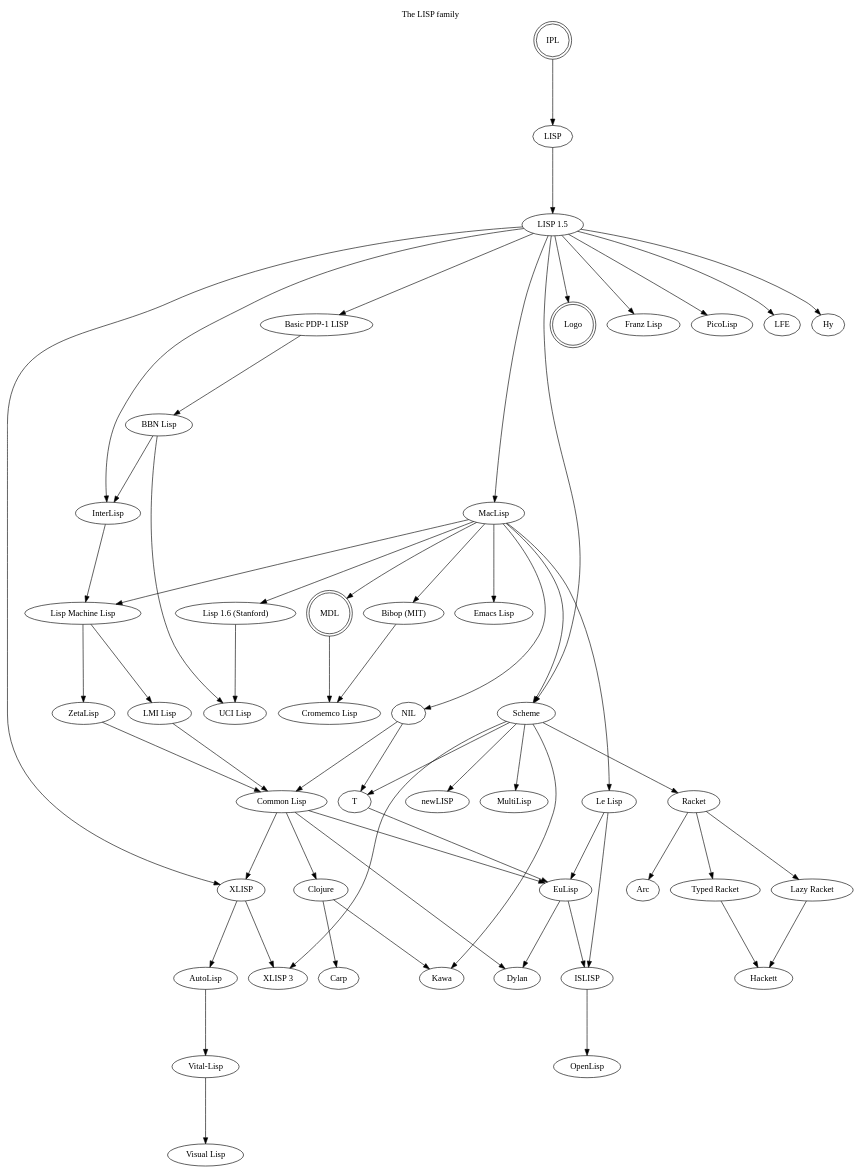
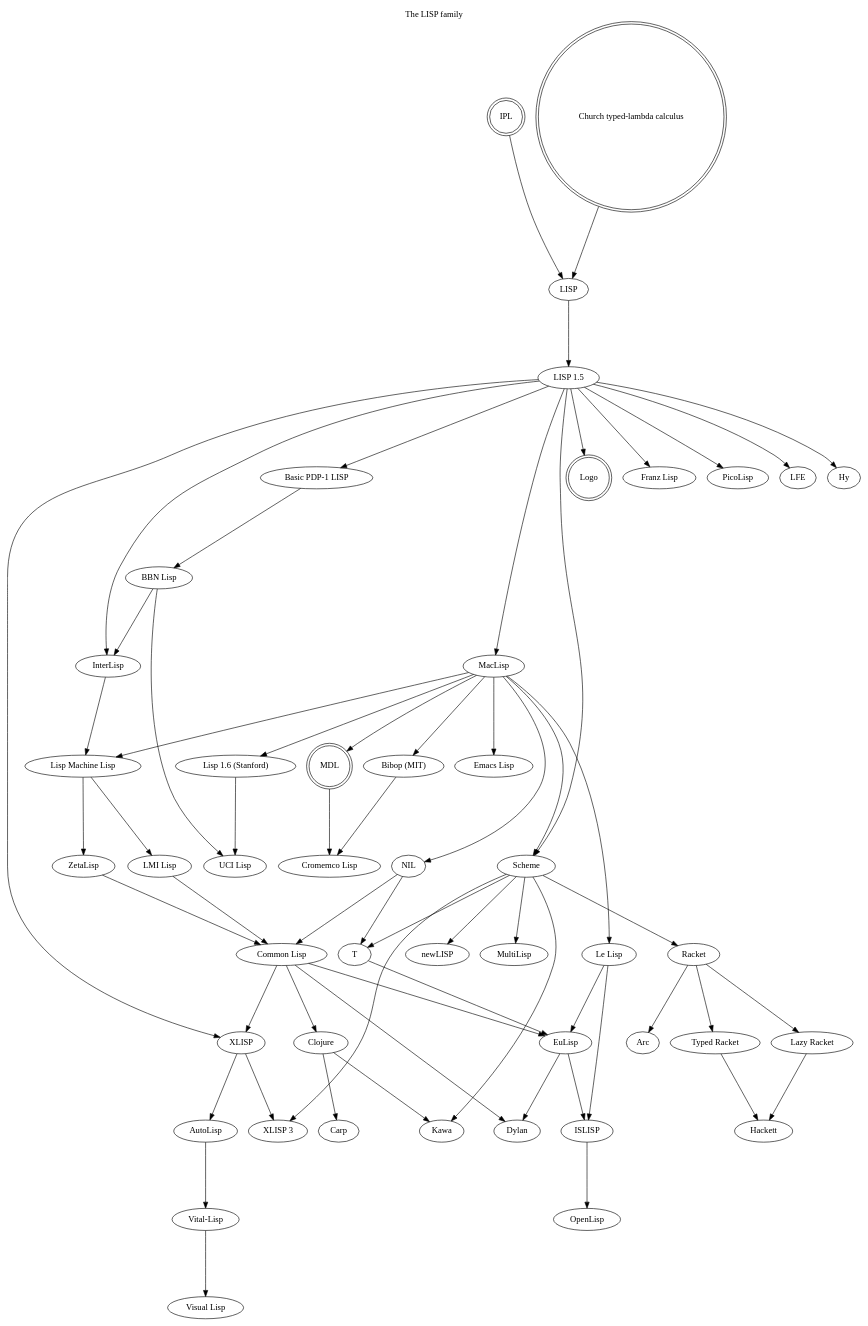
One commit to fogus/lang-genealogy changed the diagram in lisp.gv. Above: the diagram before and after it, drawn with Graphviz. The commit also changed 1 other file, not shown here.

Commit message:
Church LC

```diff
--- a/lisp.gv
+++ b/lisp.gv
@@ -1,64 +1,66 @@
 # -*- graphviz-dot -*-
 digraph FP
 {
 	graph[ranksep=1.5,
 	      ratio="expand",
 	      concentrate=false,
 	      rank=new,
 	      constraint=true,
 	      label="The LISP family",
 	      labelloc=t,
 	      splines=true];
 
 	// Entry and exit nodes from/into other languages are doublecircle formatted.
 	// Any changes should render on http://www.webgraphviz.com
 
 	"IPL" -> "LISP";
 	"IPL" [shape = doublecircle];
+	"Church typed-lambda calculus" -> "LISP";
+	"Church typed-lambda calculus" [shape = doublecircle];	
 	"LISP" -> "LISP 1.5";
 	"LISP 1.5" -> "InterLisp";
 	"LISP 1.5" -> "MacLisp";
 	"LISP 1.5" -> "Basic PDP-1 LISP";
 	"MacLisp" -> "Lisp Machine Lisp";
 	"MacLisp" -> "Bibop (MIT)";
 	"MacLisp" -> "Lisp 1.6 (Stanford)";
 	"Lisp 1.6 (Stanford)" -> "UCI Lisp";
 	"Basic PDP-1 LISP" -> "BBN Lisp";
 	"BBN Lisp" -> "UCI Lisp";
 	"BBN Lisp" -> "InterLisp";
 	"InterLisp" -> "Lisp Machine Lisp";
 	"Lisp Machine Lisp" -> "ZetaLisp";
 	"Lisp Machine Lisp" -> "LMI Lisp";
 	"ZetaLisp" -> "Common Lisp";
 	"LMI Lisp" -> "Common Lisp";
 	"MacLisp" -> "Scheme" -> "MultiLisp";
 	"MacLisp" -> "MDL";
 	"MDL" -> "Cromemco Lisp";
 	"MDL" [shape = doublecircle];
 	"Bibop (MIT)" -> "Cromemco Lisp";
 	"LISP 1.5" -> "XLISP" -> "AutoLisp" -> "Vital-Lisp";
 	"Vital-Lisp" -> "Visual Lisp";
 	"Common Lisp" -> "XLISP" -> "XLISP 3";
 	"Scheme" -> "XLISP 3";
 	"MacLisp" -> "Emacs Lisp";
 	"MacLisp" -> "NIL" -> "Common Lisp" -> "Dylan";
 	"NIL" -> "T";
 	"Scheme" -> "Kawa";
 	"Common Lisp" -> "Clojure" -> "Kawa";
 	"Scheme" -> "newLISP";
 	"LISP 1.5" -> "Logo";
 	"Logo" [shape = doublecircle];
 	"LISP 1.5" -> "Franz Lisp";
 	"LISP 1.5" -> "Scheme" -> "T";
 	"LISP 1.5" -> "PicoLisp";
 	"LISP 1.5" -> "LFE";
 	"LISP 1.5" -> "Hy";
 	"Scheme" -> "Racket" -> "Arc";
 	"Racket" -> "Typed Racket" -> "Hackett";
 	"Racket" -> "Lazy Racket" -> "Hackett";
 	"Clojure" -> "Carp";
 	"MacLisp" -> "Le Lisp" -> "EuLisp";
 	"Le Lisp" -> "ISLISP";
 	"Common Lisp" -> "EuLisp" -> "Dylan";
 	"T" -> "EuLisp" -> "ISLISP" -> "OpenLisp";
 }
```
